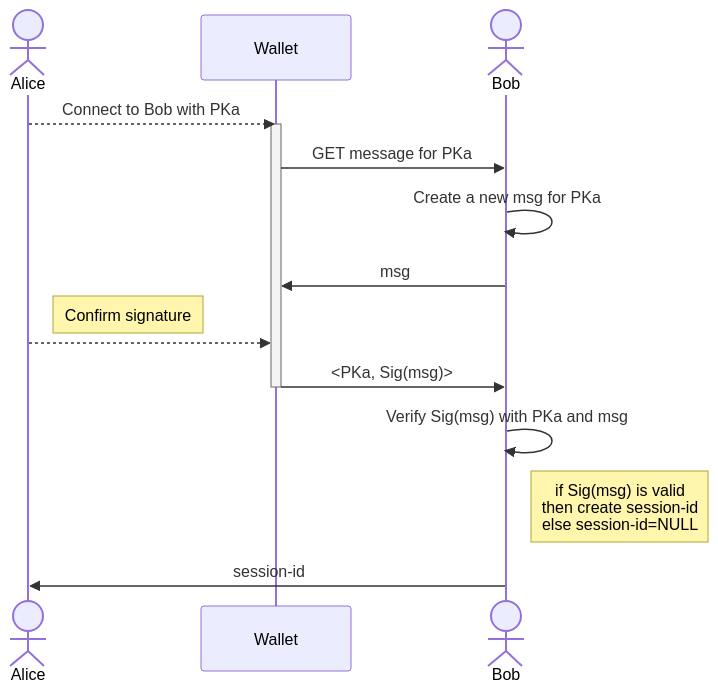
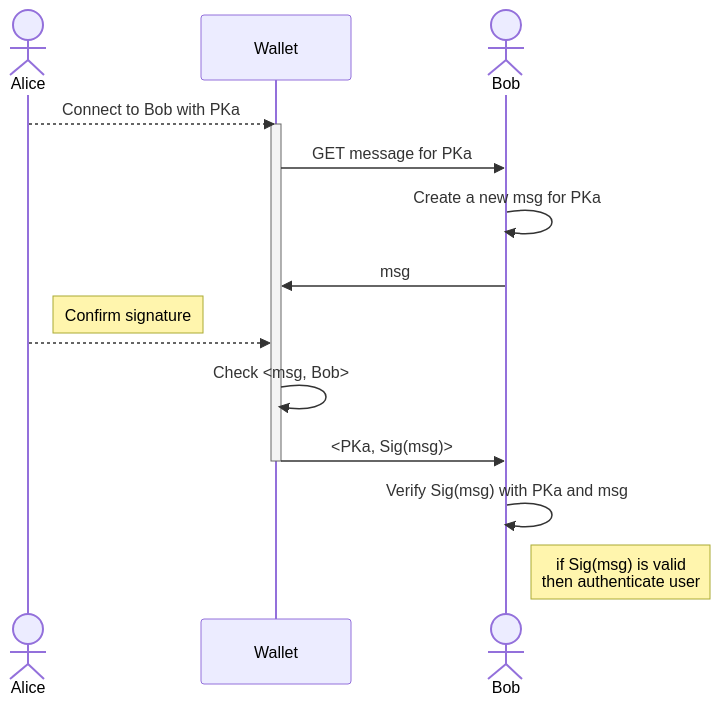
Before and after one commit to algorandfoundation/ARCs: the diagram in ARCs/arc-0014.md, drawn with Mermaid. The commit also changed other lines of this file, not shown here.

Commit message:
removed session-related content

````diff
--- a/ARCs/arc-0014.md
+++ b/ARCs/arc-0014.md
@@ -86,19 +89,19 @@
 ```mermaid
 sequenceDiagram
     actor A as Alice
     participant W as Wallet
     actor B as Bob
     A-->>W: Connect to Bob with PKa
     activate W
     W->>B: GET message for PKa
     B->>B: Create a new msg for PKa
     B->>W: msg
     Note right of A: Confirm signature
     A-->>W: 
+    W->>W: Check <msg, Bob>
     W->>B: <PKa, Sig(msg)>
     deactivate W
     B->>B: Verify Sig(msg) with PKa and msg
-    Note right of B: if Sig(msg) is valid<br/>then create session-id<br/>else session-id=NULL
-    B->>A: session-id
+    Note right of B: if Sig(msg) is valid<br/>then authenticate user
     
 ```
````
